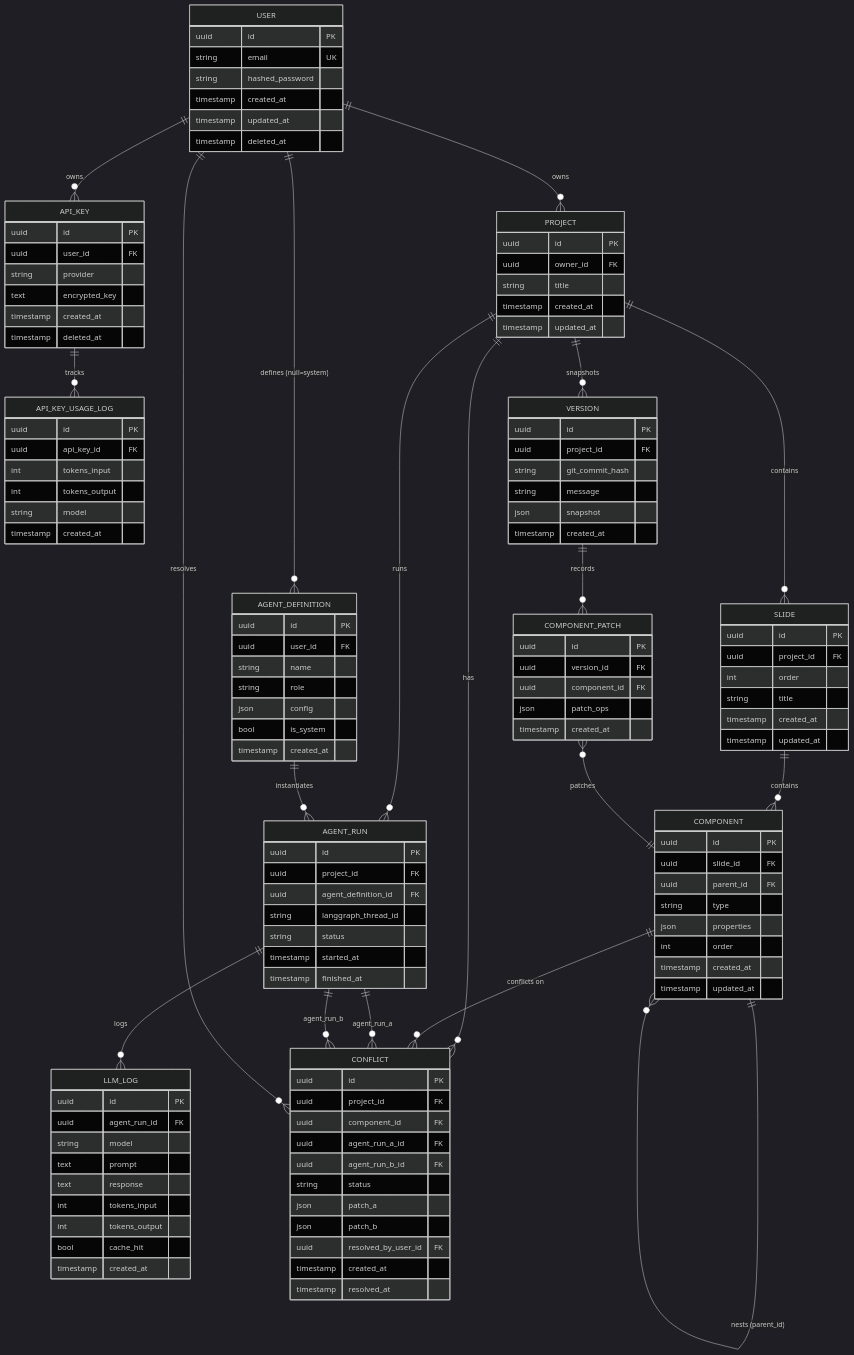
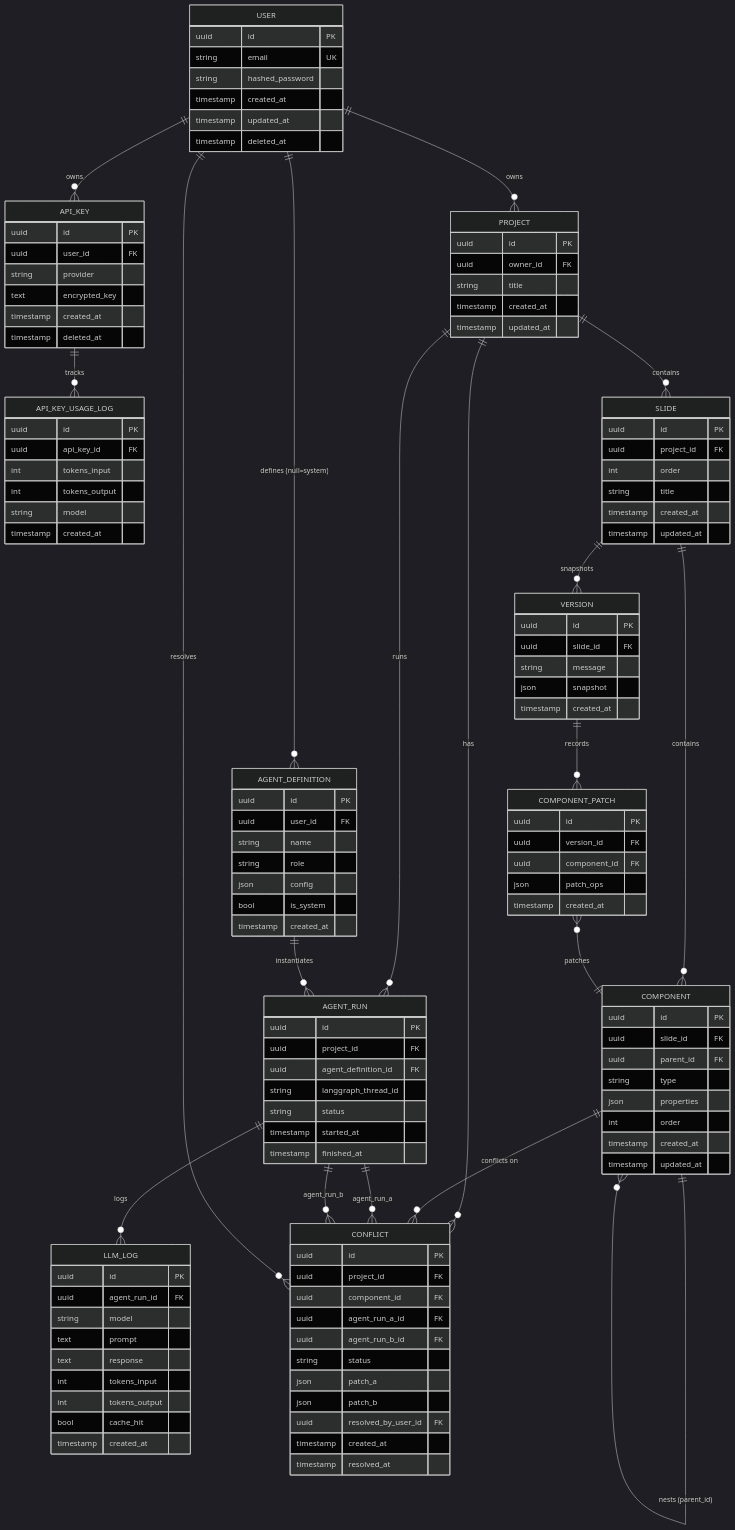
One commit to bssm-oss/Slidant changed the diagram in api/ERD.md. Above: the diagram before and after it, drawn with Mermaid (dark theme). The commit also changed other lines of this file and 3 other files, not shown here.

Commit message:
refactor :: Version 단위 project → slide 변경 + 마이그레이션 + ERD 업데이트

```diff
--- a/api/ERD.md
+++ b/api/ERD.md
@@ -60,8 +60,7 @@
 
     VERSION {
         uuid id PK
-        uuid project_id FK
-        string git_commit_hash
+        uuid slide_id FK
         string message
         json snapshot
         timestamp created_at
@@ -127,7 +126,7 @@
     PROJECT ||--o{ SLIDE : "contains"
     SLIDE ||--o{ COMPONENT : "contains"
     COMPONENT ||--o{ COMPONENT : "nests (parent_id)"
-    PROJECT ||--o{ VERSION : "snapshots"
+    SLIDE ||--o{ VERSION : "snapshots"
     VERSION ||--o{ COMPONENT_PATCH : "records"
     COMPONENT_PATCH }o--|| COMPONENT : "patches"
     USER ||--o{ AGENT_DEFINITION : "defines (null=system)"
```
